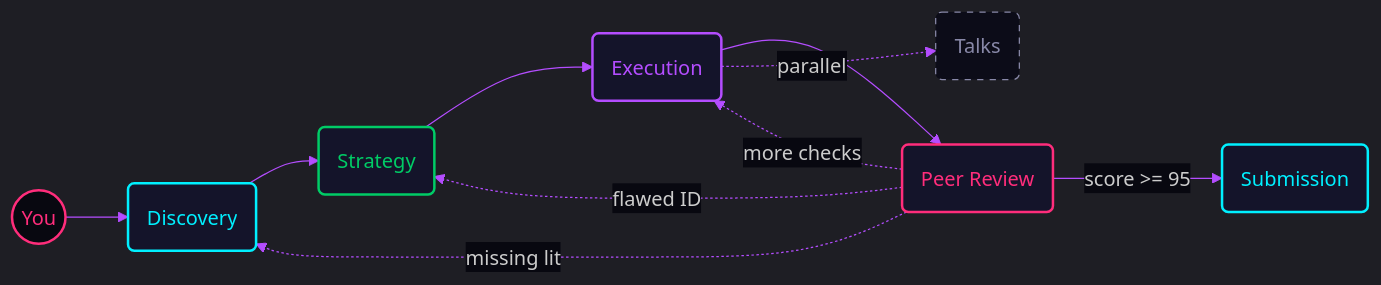
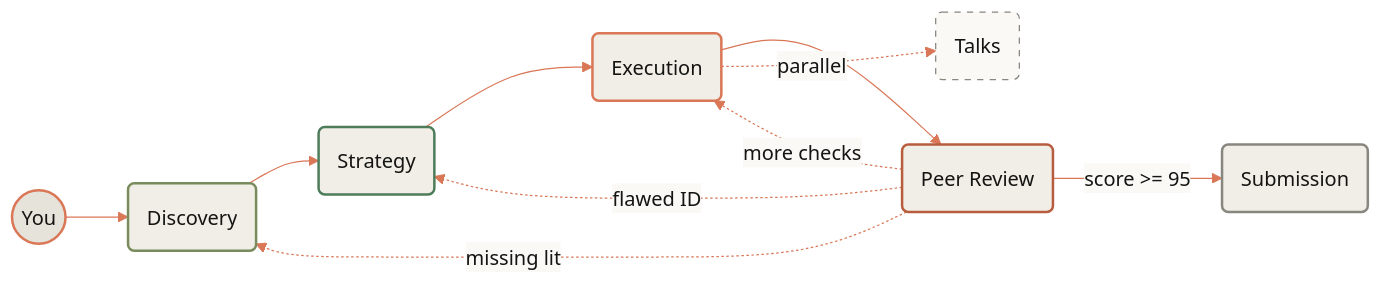
One commit to patrickjcrawford/cc-research-assistant changed the first of 4 diagrams in guide/architecture.qmd. Above: the diagram before and after it, drawn with Mermaid. The commit also changed other lines of this file and 26 other files, not shown here.

````diff
--- a/guide/architecture.qmd
+++ b/guide/architecture.qmd
@@ -18,29 +18,29 @@
 ```{mermaid}
-%%{init: {'theme': 'dark', 'themeVariables': {'primaryColor': '#1a1a36', 'primaryTextColor': '#00f0ff', 'primaryBorderColor': '#00f0ff', 'lineColor': '#b44dff', 'secondaryColor': '#14142a', 'tertiaryColor': '#080810', 'edgeLabelBackground': '#080810', 'clusterBkg': '#0c0c18', 'clusterBorder': '#1e1e35'}}}%%
+%%{init: {'theme': 'base', 'themeVariables': {'primaryColor': '#f0eee6', 'primaryTextColor': '#141413', 'primaryBorderColor': '#d1cfc5', 'lineColor': '#d97757', 'secondaryColor': '#faf9f5', 'tertiaryColor': '#e6e3da', 'edgeLabelBackground': '#faf9f5', 'clusterBkg': '#f0eee6', 'clusterBorder': '#d1cfc5'}}}%%
 flowchart LR
     YOU:::start --> D:::phase1
     D --> S:::phase2
     S --> E:::phase3
     E --> R:::phase4
     R -->|score >= 95| SUB:::phase5
     R -.->|missing lit| D
     R -.->|flawed ID| S
     R -.->|more checks| E
     E -.->|parallel| T:::talks
 
     YOU((You))
     D(Discovery)
     S(Strategy)
     E(Execution)
     R(Peer Review)
     SUB(Submission)
     T(Talks)
 
-    classDef start fill:#080810,stroke:#ff2d7b,color:#ff2d7b,stroke-width:2px
-    classDef phase1 fill:#14142a,stroke:#00f0ff,color:#00f0ff,stroke-width:2px
-    classDef phase2 fill:#14142a,stroke:#00cc66,color:#00cc66,stroke-width:2px
-    classDef phase3 fill:#14142a,stroke:#b44dff,color:#b44dff,stroke-width:2px
-    classDef phase4 fill:#14142a,stroke:#ff2d7b,color:#ff2d7b,stroke-width:2px
-    classDef phase5 fill:#14142a,stroke:#00f0ff,color:#00f0ff,stroke-width:2px
-    classDef talks fill:#0c0c18,stroke:#8888a8,color:#8888a8,stroke-width:1px,stroke-dasharray: 5 5
+    classDef start fill:#e6e3da,stroke:#d97757,color:#141413,stroke-width:2px
+    classDef phase1 fill:#f0eee6,stroke:#788c5d,color:#141413,stroke-width:2px
+    classDef phase2 fill:#f0eee6,stroke:#4d7c5a,color:#141413,stroke-width:2px
+    classDef phase3 fill:#f0eee6,stroke:#d97757,color:#141413,stroke-width:2px
+    classDef phase4 fill:#f0eee6,stroke:#b85c3e,color:#141413,stroke-width:2px
+    classDef phase5 fill:#f0eee6,stroke:#87867f,color:#141413,stroke-width:2px
+    classDef talks fill:#faf9f5,stroke:#87867f,color:#141413,stroke-width:1px,stroke-dasharray: 5 5
 ```
````
